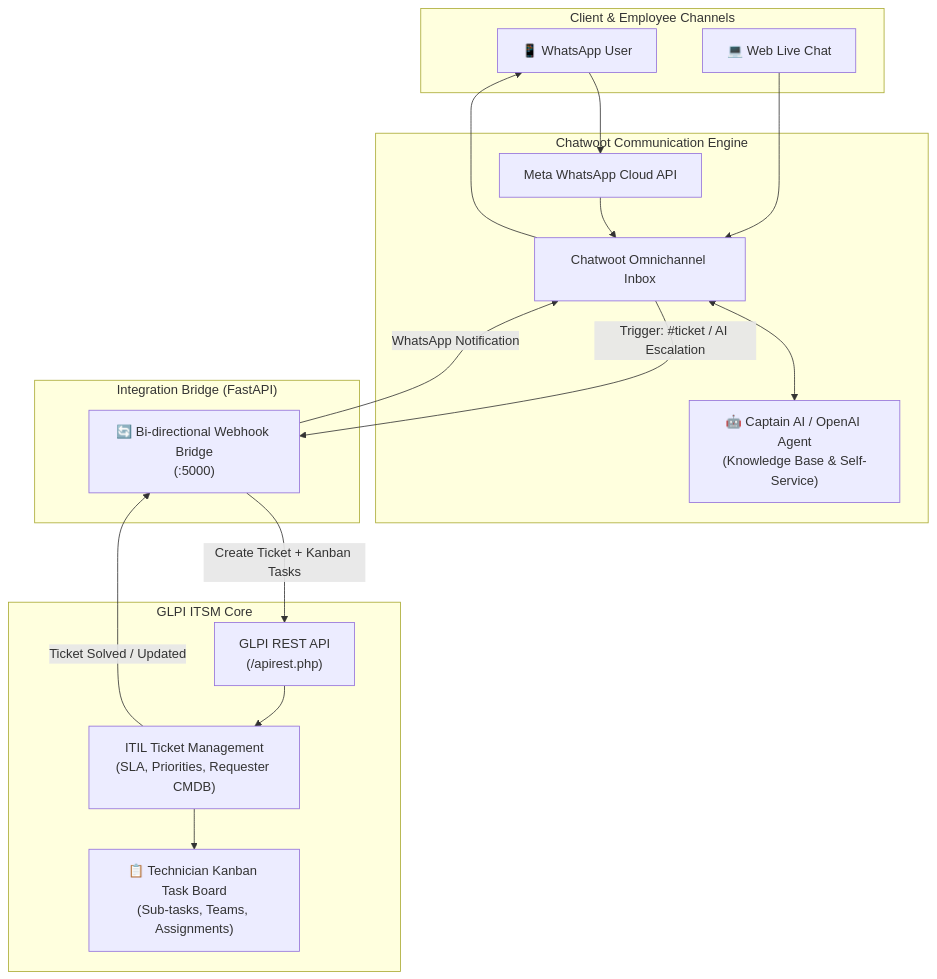
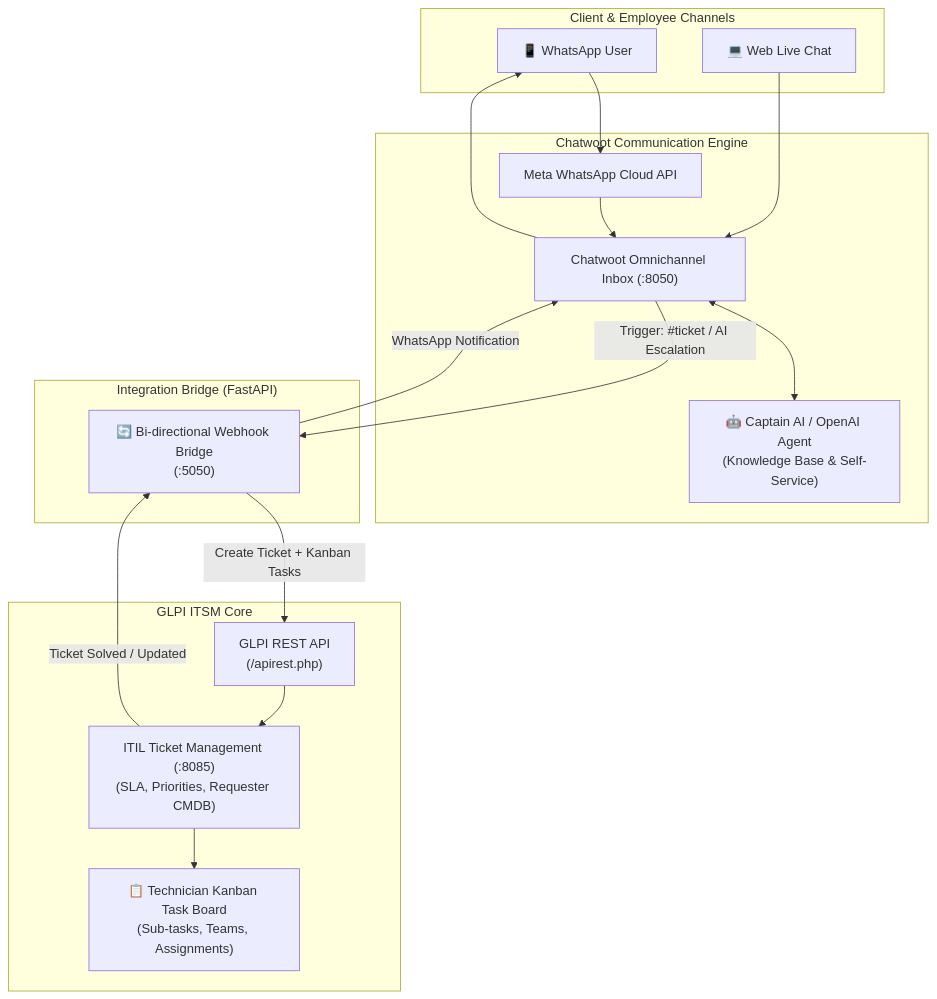
The diagram in README.md (sainisoftravi/GLPI_Chatwot_Ticket), drawn with Mermaid before and after one commit. The commit also changed other lines of this file and 11 other files, not shown here.

````diff
--- a/README.md
+++ b/README.md
@@ -12,38 +12,38 @@
 ```mermaid
 flowchart TD
     subgraph Users ["Client & Employee Channels"]
         WA["📱 WhatsApp User"]
         WEB["💻 Web Live Chat"]
     end
 
-    subgraph Chatwoot_Hub ["Chatwoot Communication Engine"]
+    subgraph Chatwoot_Engine ["Chatwoot Communication Engine"]
         META["Meta WhatsApp Cloud API"]
-        CW_INBOX["Chatwoot Omnichannel Inbox"]
+        CW_INBOX["Chatwoot Omnichannel Inbox (:8050)"]
         AI_BOT["🤖 Captain AI / OpenAI Agent\n(Knowledge Base & Self-Service)"]
     end
 
     subgraph Middleware ["Integration Bridge (FastAPI)"]
-        BRIDGE["🔄 Bi-directional Webhook Bridge\n(:5000)"]
+        BRIDGE["🔄 Bi-directional Webhook Bridge\n(:5050)"]
     end
 
     subgraph GLPI_ITSM ["GLPI ITSM Core"]
         GLPI_API["GLPI REST API\n(/apirest.php)"]
-        GLPI_TICKETS["ITIL Ticket Management\n(SLA, Priorities, Requester CMDB)"]
+        GLPI_TICKETS["ITIL Ticket Management (:8085)\n(SLA, Priorities, Requester CMDB)"]
         GLPI_KANBAN["📋 Technician Kanban Task Board\n(Sub-tasks, Teams, Assignments)"]
     end
 
     WA --> META
     META --> CW_INBOX
     WEB --> CW_INBOX
 
     CW_INBOX <--> AI_BOT
     
     CW_INBOX -- "Trigger: #ticket / AI Escalation" --> BRIDGE
     BRIDGE -- "Create Ticket + Kanban Tasks" --> GLPI_API
     GLPI_API --> GLPI_TICKETS
     GLPI_TICKETS --> GLPI_KANBAN
 
     GLPI_TICKETS -- "Ticket Solved / Updated" --> BRIDGE
     BRIDGE -- "WhatsApp Notification" --> CW_INBOX
     CW_INBOX --> WA
 ```
````
